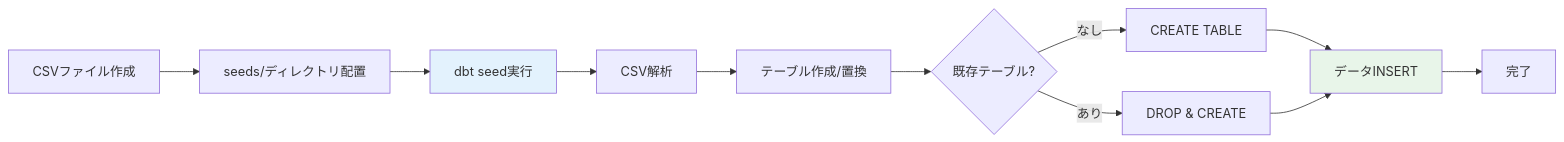
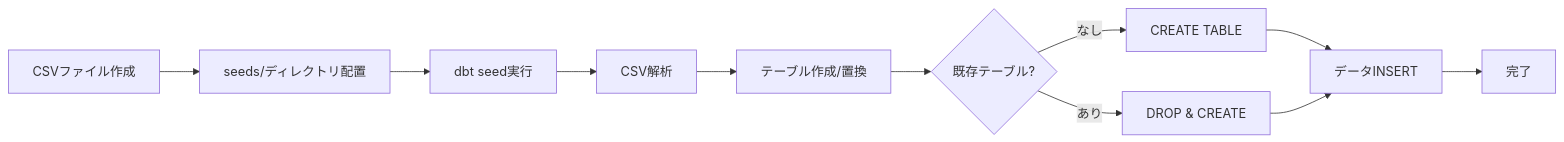
Before and after one commit to 1210yuichi0/1210yuichi0.github.io: the second of 8 diagrams in content/Tech/dbt/categories/seed-config.md, drawn with Mermaid. The commit also changed other lines of this file and 22 other files, not shown here.

First line of the commit message:
style: remove Mermaid style directives for dark mode compatibility

````diff
--- a/content/Tech/dbt/categories/seed-config.md
+++ b/content/Tech/dbt/categories/seed-config.md
@@ -86,20 +83,18 @@
 ```mermaid
 flowchart LR
     A[CSVファイル作成] --> B[seeds/ディレクトリ配置]
     B --> C[dbt seed実行]
 
     C --> D[CSV解析]
     D --> E[テーブル作成/置換]
 
     E --> F{既存テーブル?}
     F -->|なし| G[CREATE TABLE]
     F -->|あり| H[DROP & CREATE]
 
     G --> I[データINSERT]
     H --> I
 
     I --> J[完了]
 
-    style C fill:#e3f2fd
-    style I fill:#e8f5e9
 ```
````
